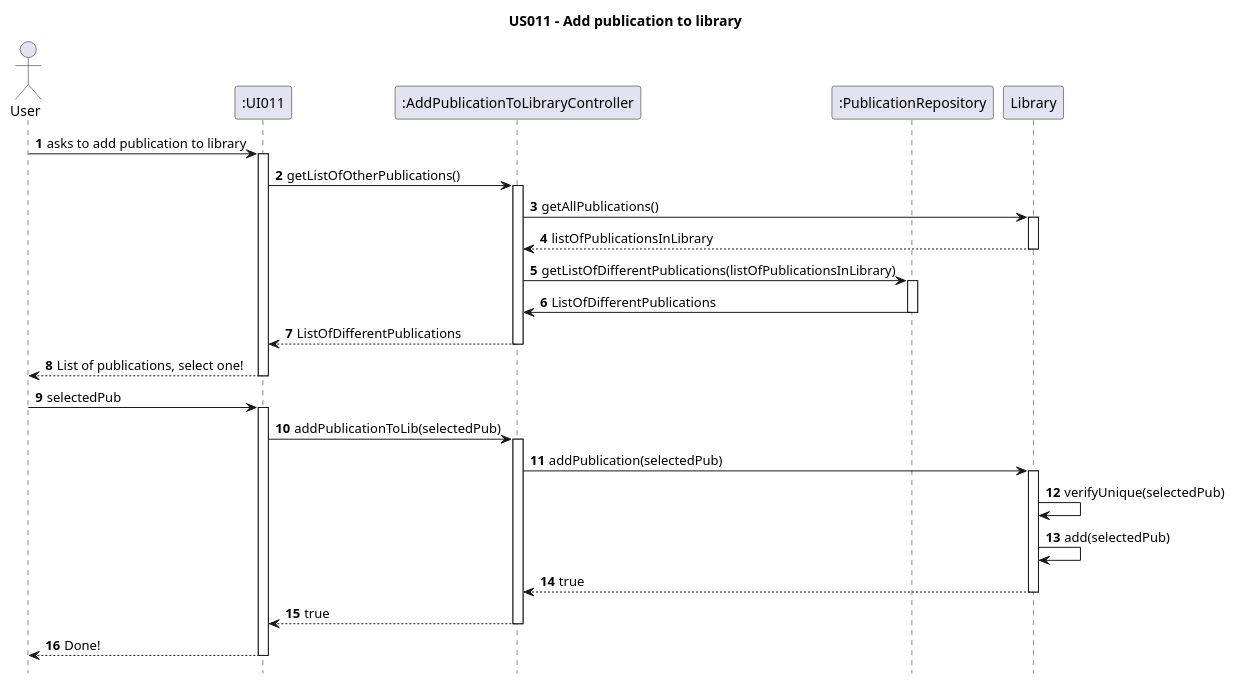
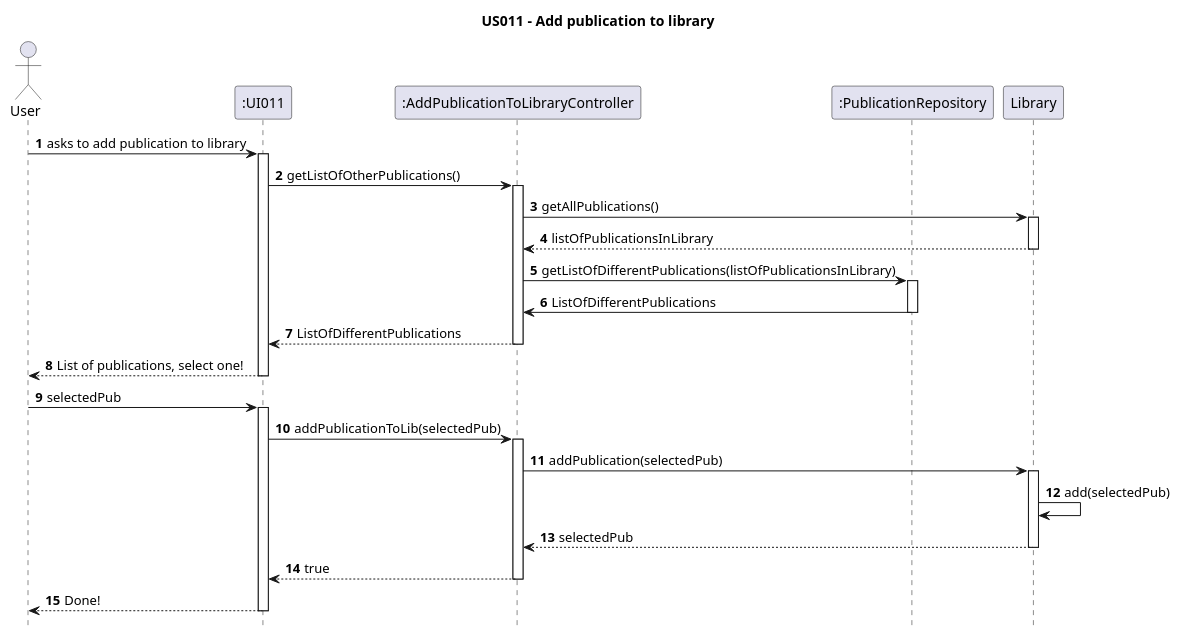
The diagram in Diagrams/SequenceDiagrams/N2/US011-to-add-a-publication-To-Library.puml (AndrePereiraGitH/SWitCH-Project-Team_A), drawn with PlantUML before and after one commit. The commit also changed 43 other files, not shown here.

```diff
--- a/Diagrams/SequenceDiagrams/N2/US011-to-add-a-publication-To-Library.puml
+++ b/Diagrams/SequenceDiagrams/N2/US011-to-add-a-publication-To-Library.puml
@@ -1,61 +1,61 @@
 @startuml
 autonumber
 hide footbox
 title US011 - Add publication to library
 
 
 
 actor "User" as User
 participant ":UI011" as UI
 
 
 
 participant ":AddPublicationToLibraryController" as Ctrl
 
 
 
 participant ":PublicationRepository" as PubRepo
 
 
 
 participant "Library" as LibDomain
 
+autonumber
 
 User -> UI : asks to add publication to library
 activate UI
 UI -> Ctrl : getListOfOtherPublications()
 activate Ctrl
 
 Ctrl -> LibDomain: getAllPublications()
 activate LibDomain
 LibDomain --> Ctrl: listOfPublicationsInLibrary
 deactivate LibDomain
 
 Ctrl -> PubRepo: getListOfDifferentPublications(listOfPublicationsInLibrary)
 activate PubRepo
 PubRepo -> Ctrl : ListOfDifferentPublications
 deactivate PubRepo
 Ctrl --> UI: ListOfDifferentPublications
 deactivate Ctrl
 
 UI --> User: List of publications, select one!
 deactivate UI
 
 User -> UI: selectedPub
 activate UI
 UI -> Ctrl: addPublicationToLib(selectedPub)
 activate Ctrl
 
 Ctrl -> LibDomain: addPublication(selectedPub)
 activate LibDomain
-LibDomain -> LibDomain: verifyUnique(selectedPub)
 LibDomain -> LibDomain: add(selectedPub)
-LibDomain --> Ctrl: true
+LibDomain --> Ctrl: selectedPub
 deactivate LibDomain
 
 Ctrl --> UI: true
 deactivate Ctrl
 UI --> User: Done!
 deactivate UI
 
 @enduml
```
